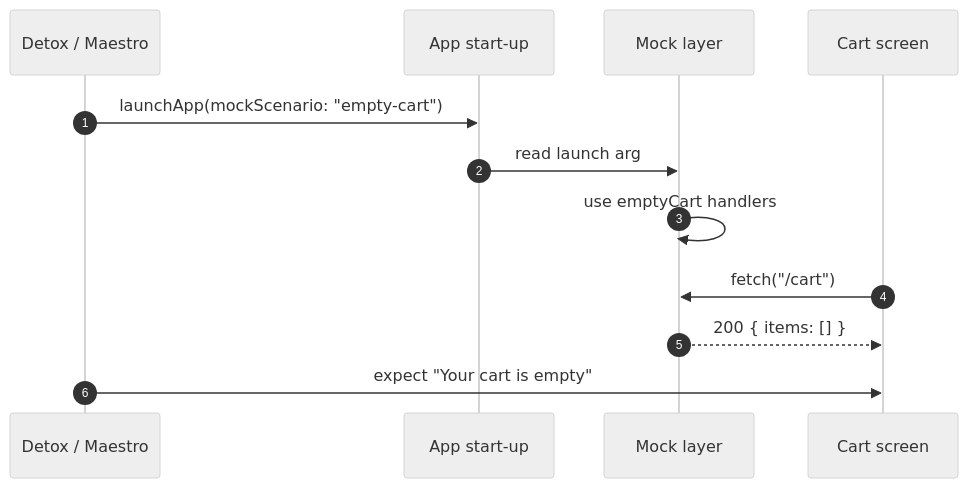
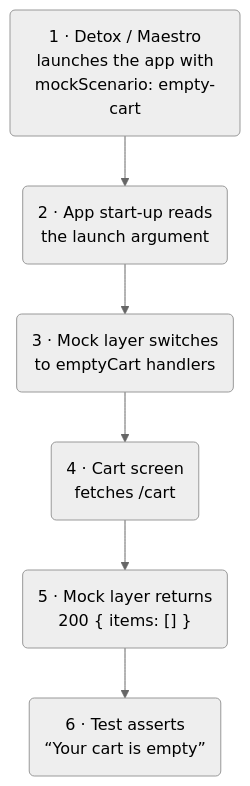
One commit to sgedda/devxtools changed the diagram in src/diagrams/scenario-switch.mmd. Above: the diagram before and after it, drawn with Mermaid (neutral theme). The commit also changed 11 other files, not shown here.

First line of the commit message:
RN diagrams: inline SVGs (Inter labels), vertical Figure 4, EXPO_PUBLIC_API_MOCKING, caption edits

```diff
--- a/src/diagrams/scenario-switch.mmd
+++ b/src/diagrams/scenario-switch.mmd
@@ -1,12 +1,8 @@
-sequenceDiagram
-  autonumber
-  participant T as Detox / Maestro
-  participant A as App start-up
-  participant M as Mock layer
-  participant S as Cart screen
-  T->>A: launchApp(mockScenario: "empty-cart")
-  A->>M: read launch arg
-  M->>M: use emptyCart handlers
-  S->>M: fetch("/cart")
-  M-->>S: 200 { items: [] }
-  T->>S: expect "Your cart is empty"
+%% alt: Step-by-step diagram. 1: Detox or Maestro launches the app with mockScenario 'empty-cart'. 2: At start-up the app reads the launch argument. 3: The mock layer switches to the empty-cart handlers. 4: The cart screen fetches /cart. 5: The mock layer returns 200 with an empty items list. 6: The test asserts 'Your cart is empty'.
+flowchart TD
+  T("1 · Detox / Maestro<br/>launches the app with<br/>mockScenario: empty-cart")
+  T --> A("2 · App start-up reads<br/>the launch argument")
+  A --> M("3 · Mock layer switches<br/>to emptyCart handlers"):::accent
+  M --> S("4 · Cart screen<br/>fetches /cart")
+  S --> R("5 · Mock layer returns<br/>200 { items: [] }")
+  R --> E("6 · Test asserts<br/>“Your cart is empty”")
```
